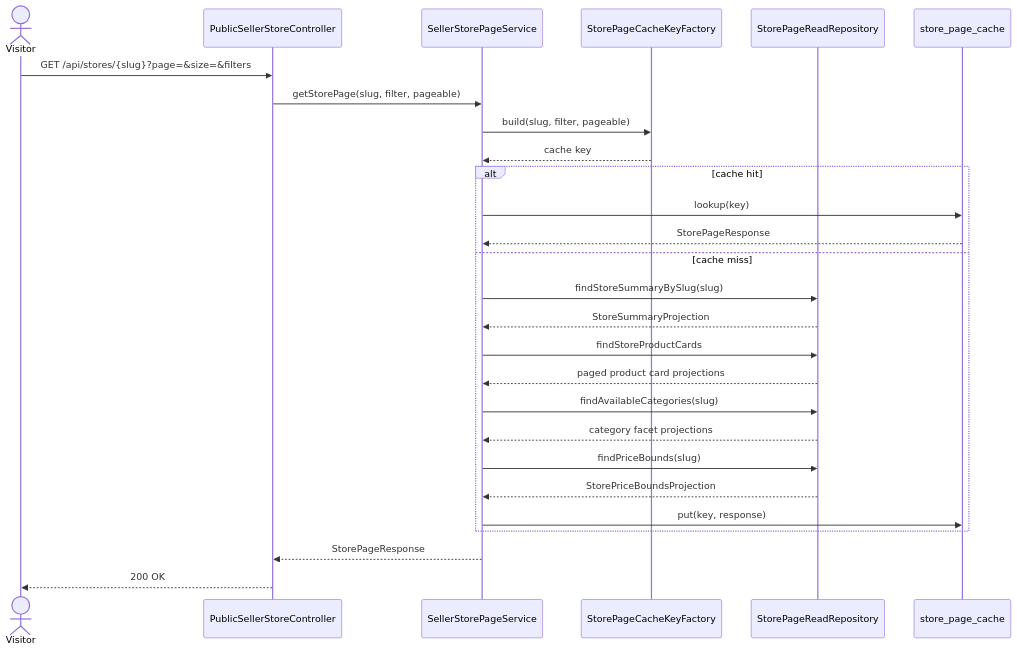
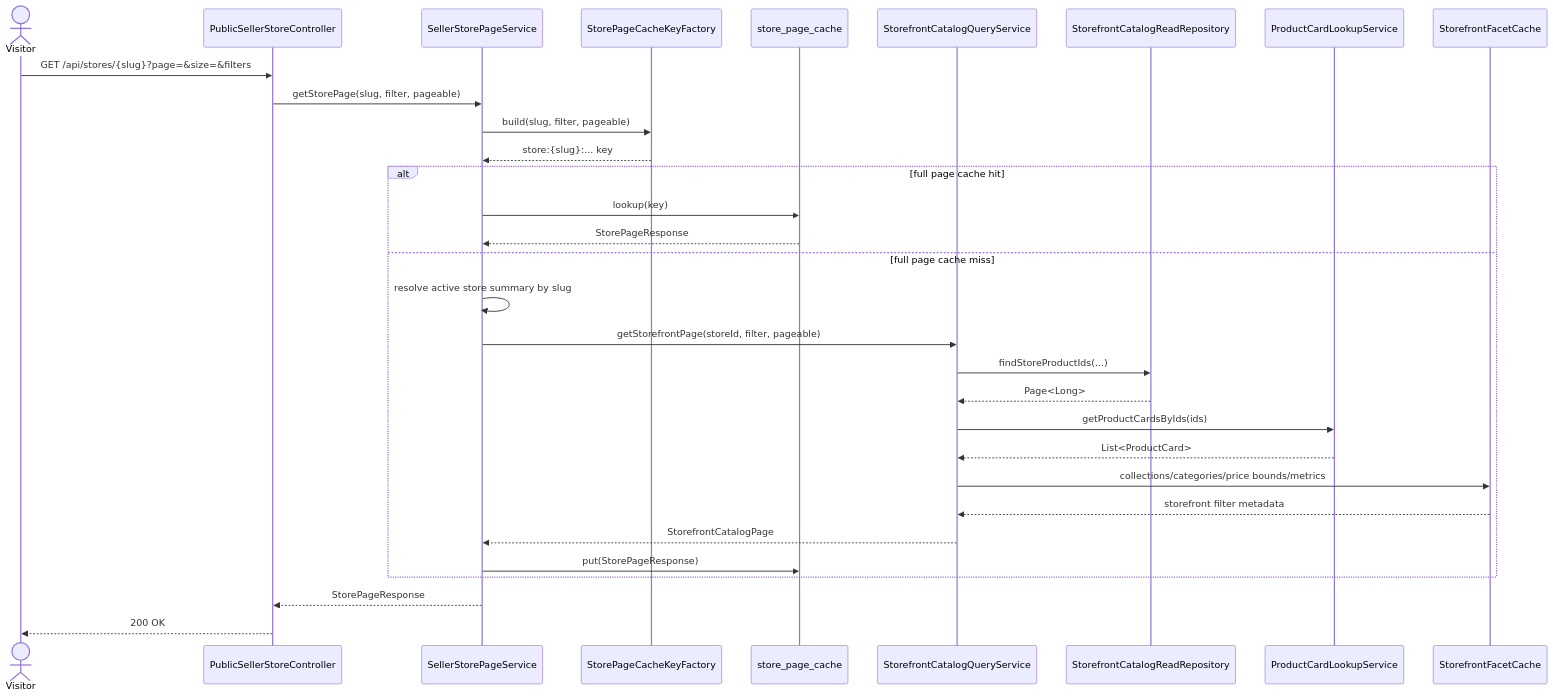
The third of 8 diagrams in documentation/12-seller-store-uml.md (mohammadAlhajeen/bun_commerce-public), drawn with Mermaid before and after one commit. The commit also changed other lines of this file and 29 other files, not shown here.

````diff
--- a/documentation/12-seller-store-uml.md
+++ b/documentation/12-seller-store-uml.md
@@ -170,32 +184,36 @@
 ```mermaid
 sequenceDiagram
     actor Visitor
     participant Controller as PublicSellerStoreController
     participant Service as SellerStorePageService
     participant CacheKey as StorePageCacheKeyFactory
-    participant Repo as StorePageReadRepository
-    participant Cache as store_page_cache
+    participant PageCache as store_page_cache
+    participant Catalog as StorefrontCatalogQueryService
+    participant Repo as StorefrontCatalogReadRepository
+    participant Cards as ProductCardLookupService
+    participant Facets as StorefrontFacetCache
 
     Visitor->>Controller: GET /api/stores/{slug}?page=&size=&filters
     Controller->>Service: getStorePage(slug, filter, pageable)
     Service->>CacheKey: build(slug, filter, pageable)
-    CacheKey-->>Service: cache key
+    CacheKey-->>Service: store:{slug}:... key
 
-    alt cache hit
-        Service->>Cache: lookup(key)
-        Cache-->>Service: StorePageResponse
-    else cache miss
-        Service->>Repo: findStoreSummaryBySlug(slug)
-        Repo-->>Service: StoreSummaryProjection
-        Service->>Repo: findStoreProductCards
-        Repo-->>Service: paged product card projections
-        Service->>Repo: findAvailableCategories(slug)
-        Repo-->>Service: category facet projections
-        Service->>Repo: findPriceBounds(slug)
-        Repo-->>Service: StorePriceBoundsProjection
-        Service->>Cache: put(key, response)
+    alt full page cache hit
+        Service->>PageCache: lookup(key)
+        PageCache-->>Service: StorePageResponse
+    else full page cache miss
+        Service->>Service: resolve active store summary by slug
+        Service->>Catalog: getStorefrontPage(storeId, filter, pageable)
+        Catalog->>Repo: findStoreProductIds(...)
+        Repo-->>Catalog: Page<Long>
+        Catalog->>Cards: getProductCardsByIds(ids)
+        Cards-->>Catalog: List<ProductCard>
+        Catalog->>Facets: collections/categories/price bounds/metrics
+        Facets-->>Catalog: storefront filter metadata
+        Catalog-->>Service: StorefrontCatalogPage
+        Service->>PageCache: put(StorePageResponse)
     end
 
     Service-->>Controller: StorePageResponse
     Controller-->>Visitor: 200 OK
 ```
````
